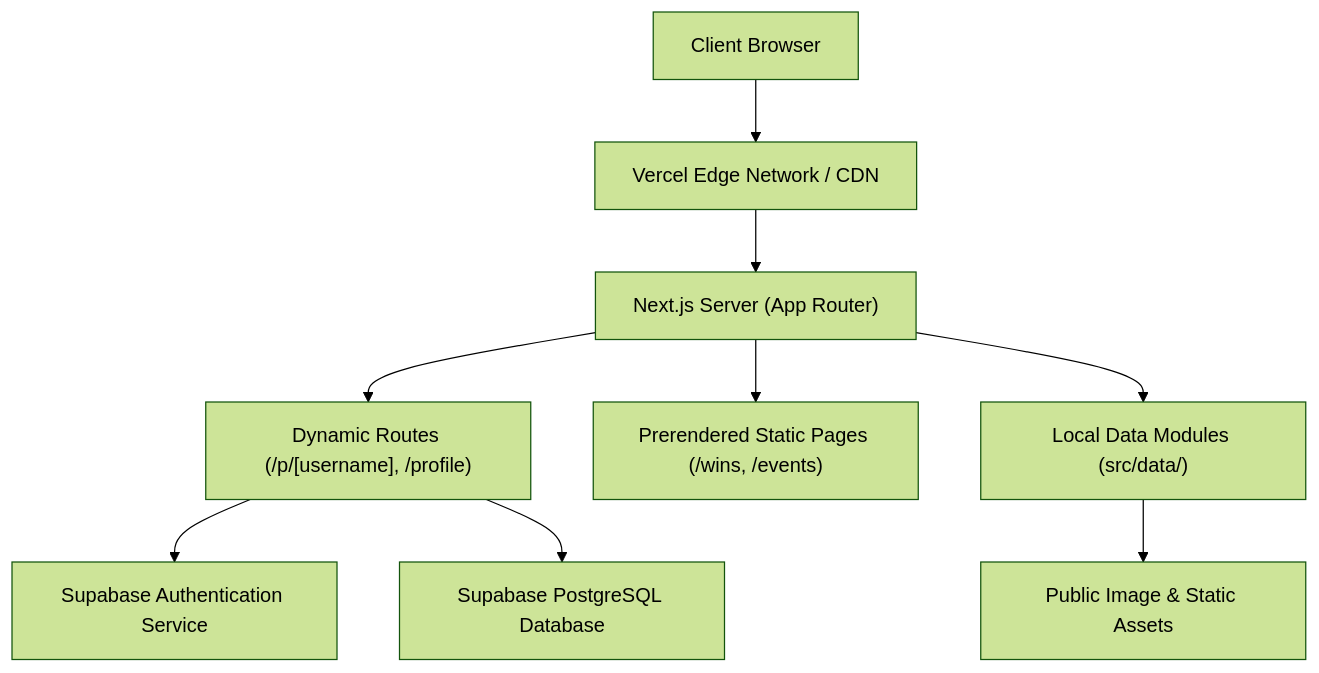
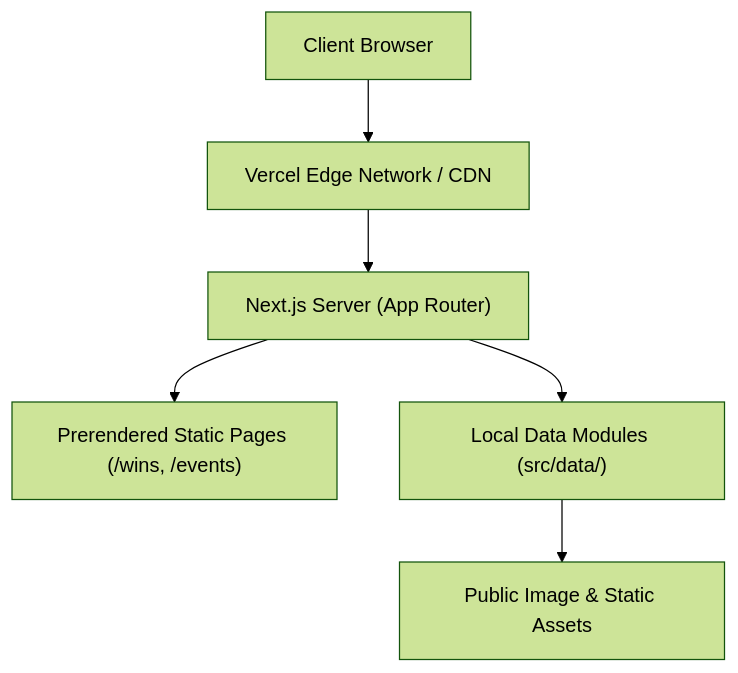
Before and after one commit to Invictus-Club/Invictus-Page: the first of 2 diagrams in README.md, drawn with Mermaid (forest theme).

Commit message:
docs: remove dynamic profile/auth routes from HLA diagram

````diff
--- a/README.md
+++ b/README.md
@@ -27,11 +27,8 @@
 ```mermaid
 flowchart TD
     Client["Client Browser"] --> CDN["Vercel Edge Network / CDN"]
     CDN --> NextServer["Next.js Server (App Router)"]
-    NextServer --> DynamicRoutes["Dynamic Routes (/p/[username], /profile)"]
     NextServer --> StaticPages["Prerendered Static Pages (/wins, /events)"]
-    DynamicRoutes --> SupabaseAuth["Supabase Authentication Service"]
-    DynamicRoutes --> SupabaseDB["Supabase PostgreSQL Database"]
     NextServer --> DataStore["Local Data Modules (src/data/)"]
     DataStore --> MediaAssets["Public Image & Static Assets"]
 ```
````
